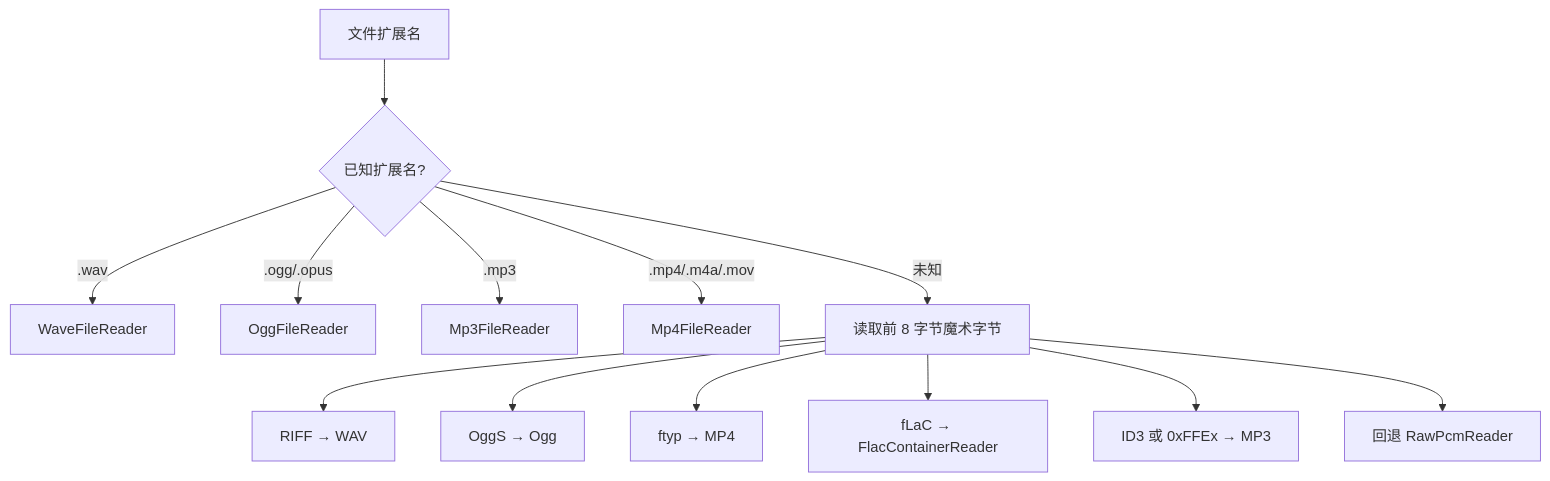
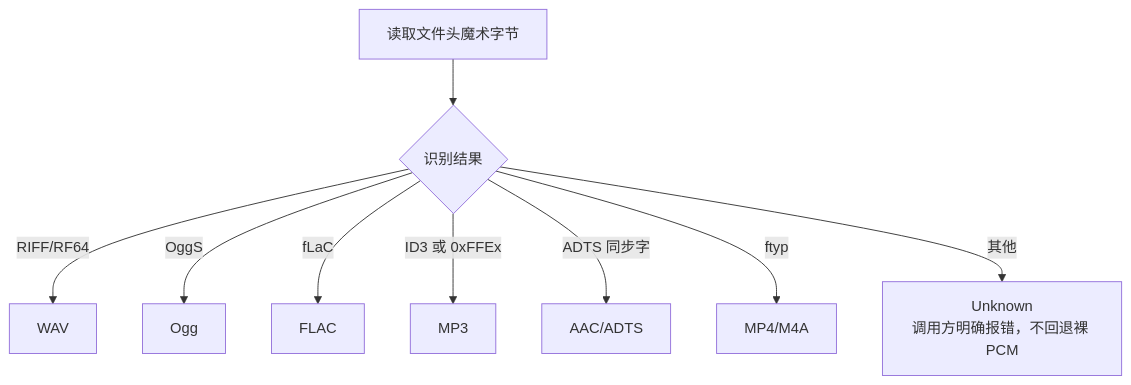
One commit to NewLifeX/NewLife.Audio changed the third of 3 diagrams in Doc/CONT-容器格式.md. Above: the diagram before and after it, drawn with Mermaid. The commit also changed other lines of this file and 16 other files, not shown here.

````diff
--- a/Doc/CONT-容器格式.md
+++ b/Doc/CONT-容器格式.md
@@ -85,15 +88,11 @@
 ```mermaid
 flowchart TD
-    A[文件扩展名] --> B{已知扩展名?}
-    B -->|.wav| C[WaveFileReader]
-    B -->|.ogg/.opus| D[OggFileReader]
-    B -->|.mp3| M[Mp3FileReader]
-    B -->|.mp4/.m4a/.mov| E[Mp4FileReader]
-    B -->|未知| G[读取前 8 字节魔术字节]
-    G --> H["RIFF" → WAV]
-    G --> I["OggS" → Ogg]
-    G --> J["ftyp" → MP4]
-    G --> K["fLaC" → FlacContainerReader]
-    G --> N["ID3 或 0xFFEx → MP3"]
-    G --> L[回退 RawPcmReader]
+    A[读取文件头魔术字节] --> B{识别结果}
+    B -->|"RIFF/RF64"| C[WAV]
+    B -->|"OggS"| D[Ogg]
+    B -->|"fLaC"| E[FLAC]
+    B -->|"ID3 或 0xFFEx"| F[MP3]
+    B -->|"ADTS 同步字"| G[AAC/ADTS]
+    B -->|"ftyp"| H[MP4/M4A]
+    B -->|"其他"| I[Unknown<br/>调用方明确报错，不回退裸 PCM]
 ```
````
